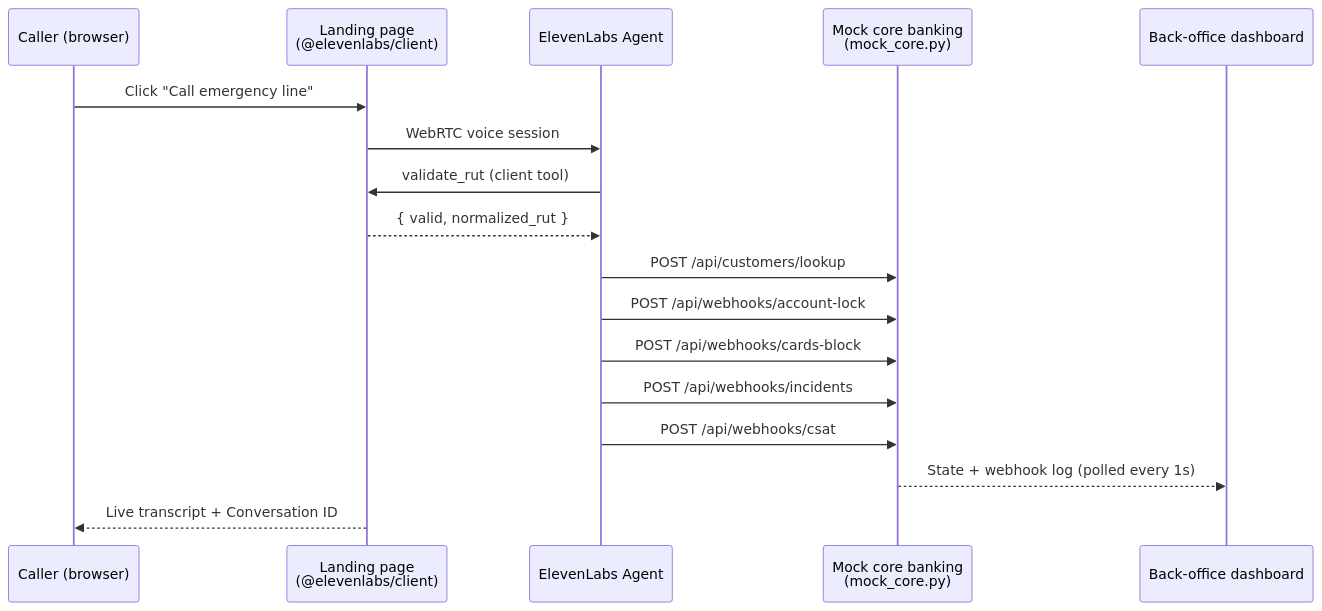
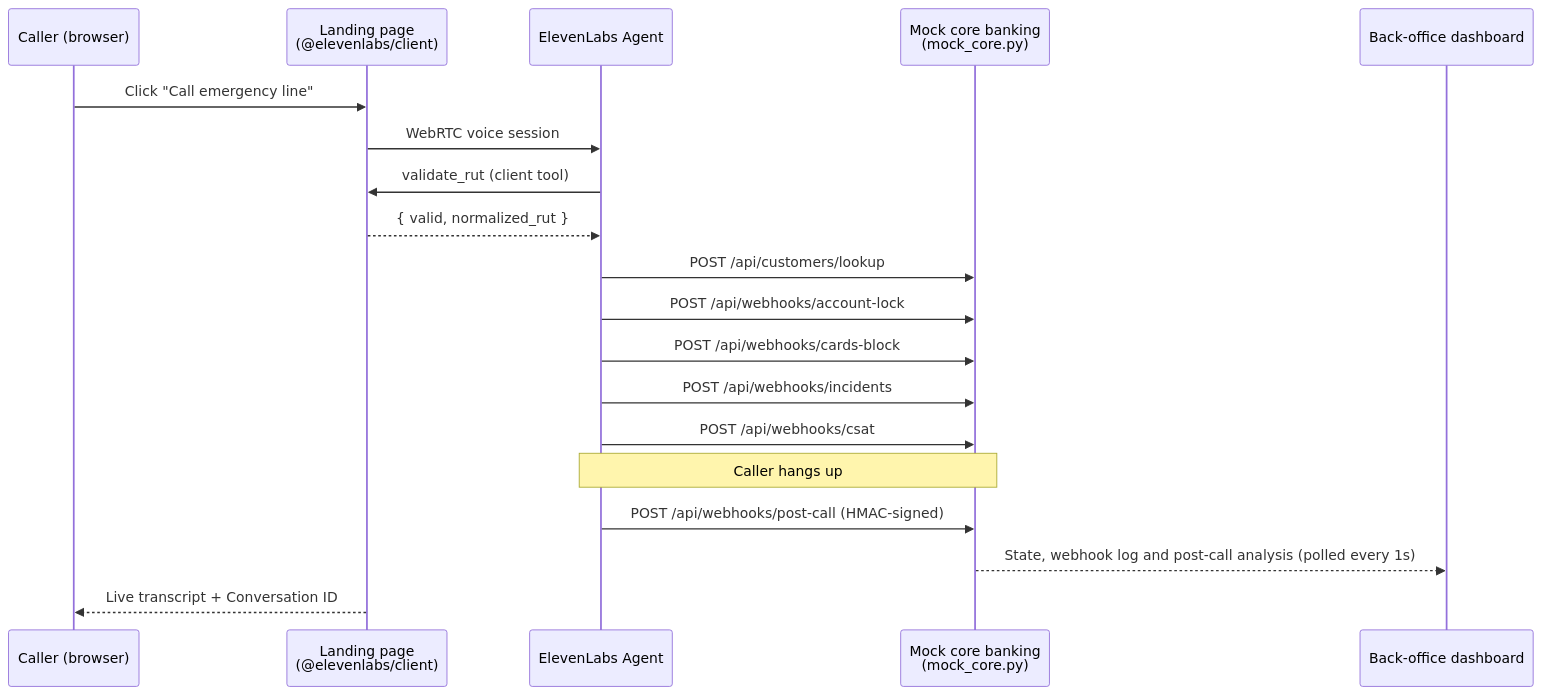
One commit to nicolasmiras/nicos-bank-emergency-agent changed the diagram in README.md. Above: the diagram before and after it, drawn with Mermaid. The commit also changed other lines of this file and 4 other files, not shown here.

First line of the commit message:
Receive ElevenLabs post-call webhook and show the analysis on the dashboard

````diff
--- a/README.md
+++ b/README.md
@@ -36,20 +36,22 @@
 ```mermaid
 sequenceDiagram
     participant C as Caller (browser)
     participant L as Landing page<br/>(@elevenlabs/client)
     participant A as ElevenLabs Agent
     participant B as Mock core banking<br/>(mock_core.py)
     participant D as Back-office dashboard
 
     C->>L: Click "Call emergency line"
     L->>A: WebRTC voice session
     A->>L: validate_rut (client tool)
     L-->>A: { valid, normalized_rut }
     A->>B: POST /api/customers/lookup
     A->>B: POST /api/webhooks/account-lock
     A->>B: POST /api/webhooks/cards-block
     A->>B: POST /api/webhooks/incidents
     A->>B: POST /api/webhooks/csat
-    B-->>D: State + webhook log (polled every 1s)
+    Note over A,B: Caller hangs up
+    A->>B: POST /api/webhooks/post-call (HMAC-signed)
+    B-->>D: State, webhook log and post-call analysis (polled every 1s)
     L-->>C: Live transcript + Conversation ID
 ```
````
